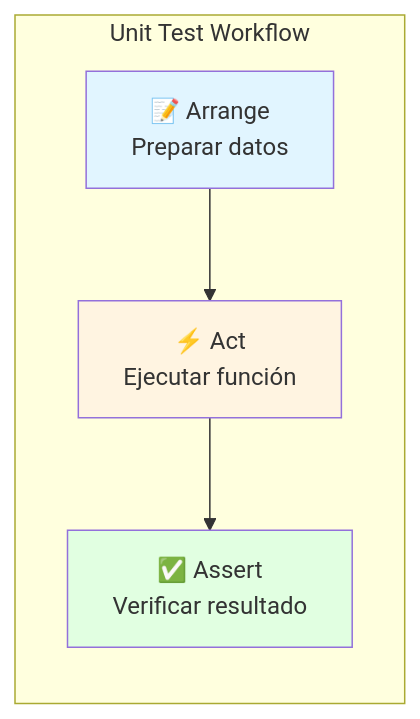
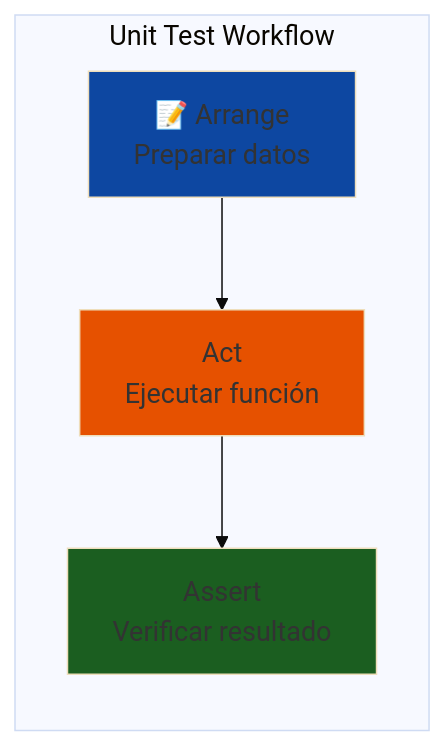
Before and after one commit to Ai-Whisperers/Courses-Content: the fourth of 10 diagrams in courses/🟡-development/FPUNA-2026/01-DESARROLLO-SOFTWARE/03-pruebas-tdd.md, drawn with Mermaid. The commit also changed other lines of this file and 47 other files, not shown here.

First line of the commit message:
fix: Make all 473 diagrams WCAG AAA accessible (FPUNA-2026)

````diff
--- a/courses/🟡-development/FPUNA-2026/01-DESARROLLO-SOFTWARE/03-pruebas-tdd.md
+++ b/courses/🟡-development/FPUNA-2026/01-DESARROLLO-SOFTWARE/03-pruebas-tdd.md
@@ -103,15 +106,16 @@
 ```mermaid
+%%{init: {'theme':'base', 'themeVariables': {'fontSize':'18px'}}}%%
 graph LR
     subgraph "Unit Test Workflow"
         A[📝 Arrange<br/>Preparar datos]
-        B[⚡ Act<br/>Ejecutar función]
-        C[✅ Assert<br/>Verificar resultado]
+        B[Act<br/>Ejecutar función]
+        C[Assert<br/>Verificar resultado]
         
         A --> B
         B --> C
     end
     
-    style A fill:#E1F5FF
-    style B fill:#FFF4E1
-    style C fill:#E1FFE1
+    style A fill:#0d47a1
+    style B fill:#e65100
+    style C fill:#1b5e20
 ```
````
